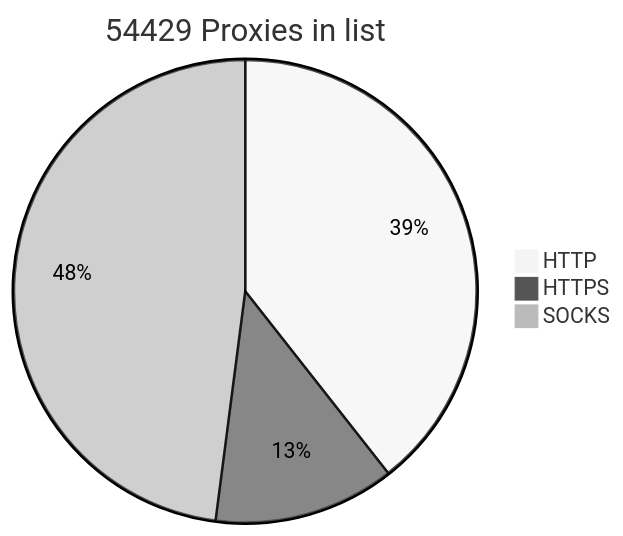
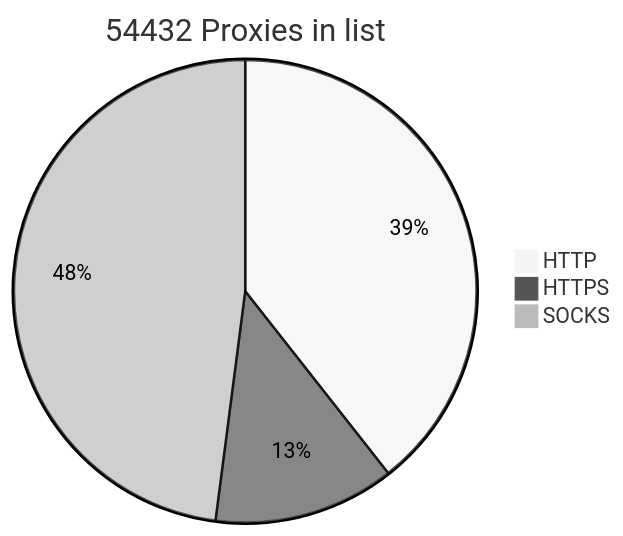
The diagram in README.md (BlackSnowDot/proxylist-update-every-minute), drawn with Mermaid (neutral theme) before and after one commit.

````diff
--- a/README.md
+++ b/README.md
@@ -2,6 +2,6 @@
 ```mermaid
-pie title 54429 Proxies in list
-    "HTTP" : 24028
-    "HTTPS": 7714
+pie title 54432 Proxies in list
+    "HTTP" : 24029
+    "HTTPS": 7716
     "SOCKS" : 29241
 ```
````
